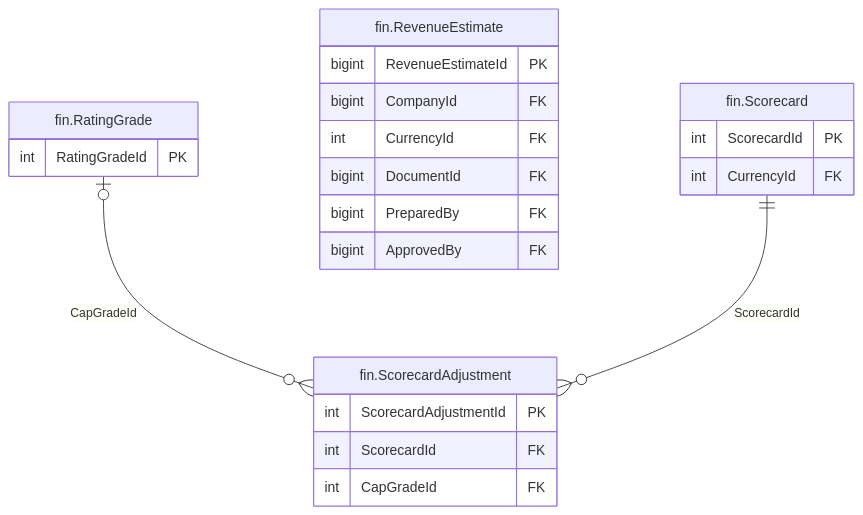
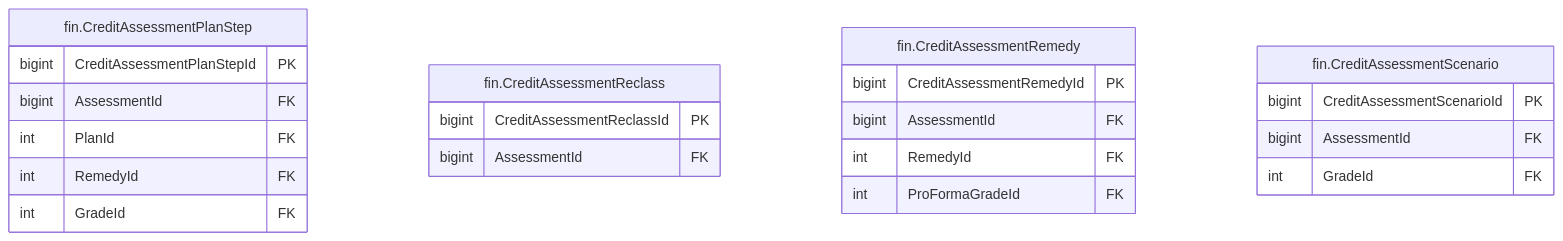
Before and after one commit to thawrasy/smartlines: the diagram in treasury-platform/docs/diagrams/erd/m5_financials_4.mmd, drawn with Mermaid. The commit also changed 201 other files, not shown here.

First line of the commit message:
Credit assessment v2: item by item, linked to the platform, with scenarios and strengthening plans

```diff
--- a/treasury-platform/docs/diagrams/erd/m5_financials_4.mmd
+++ b/treasury-platform/docs/diagrams/erd/m5_financials_4.mmd
@@ -1,24 +1,24 @@
-%% م5 · البيانات المالية والأرصدة (4/5) — Financial statements & balances
+%% م5 · البيانات المالية والأرصدة (4/11) — Financial statements & balances
 erDiagram
-  fin_RatingGrade["fin.RatingGrade"] {
-    int RatingGradeId PK
+  fin_CreditAssessmentPlanStep["fin.CreditAssessmentPlanStep"] {
+    bigint CreditAssessmentPlanStepId PK
+    bigint AssessmentId FK
+    int PlanId FK
+    int RemedyId FK
+    int GradeId FK
   }
-  fin_RevenueEstimate["fin.RevenueEstimate"] {
-    bigint RevenueEstimateId PK
-    bigint CompanyId FK
-    int CurrencyId FK
-    bigint DocumentId FK
-    bigint PreparedBy FK
-    bigint ApprovedBy FK
+  fin_CreditAssessmentReclass["fin.CreditAssessmentReclass"] {
+    bigint CreditAssessmentReclassId PK
+    bigint AssessmentId FK
   }
-  fin_Scorecard["fin.Scorecard"] {
-    int ScorecardId PK
-    int CurrencyId FK
+  fin_CreditAssessmentRemedy["fin.CreditAssessmentRemedy"] {
+    bigint CreditAssessmentRemedyId PK
+    bigint AssessmentId FK
+    int RemedyId FK
+    int ProFormaGradeId FK
   }
-  fin_ScorecardAdjustment["fin.ScorecardAdjustment"] {
-    int ScorecardAdjustmentId PK
-    int ScorecardId FK
-    int CapGradeId FK
+  fin_CreditAssessmentScenario["fin.CreditAssessmentScenario"] {
+    bigint CreditAssessmentScenarioId PK
+    bigint AssessmentId FK
+    int GradeId FK
   }
-  fin_RatingGrade |o--o{ fin_ScorecardAdjustment : "CapGradeId"
-  fin_Scorecard ||--o{ fin_ScorecardAdjustment : "ScorecardId"
```
